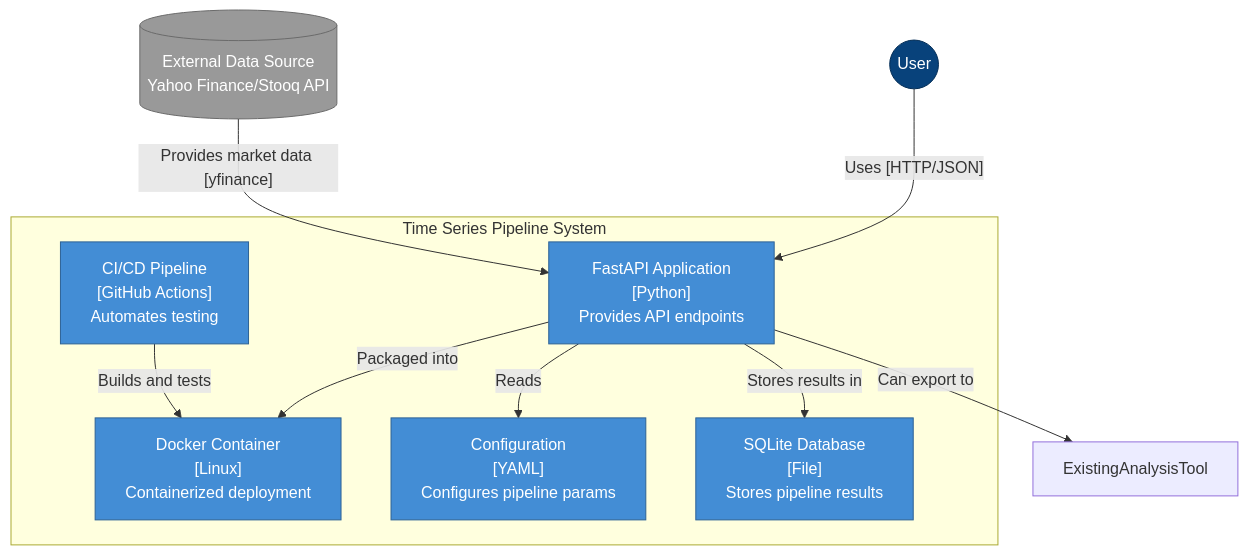
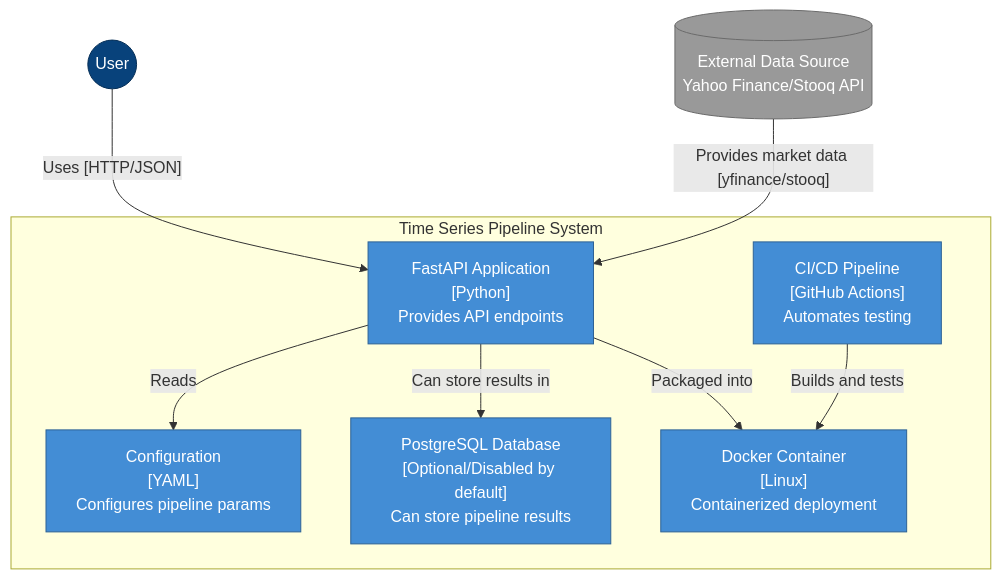
The second of 6 diagrams in README.md (garthmortensen/timeseries-api), drawn with Mermaid before and after one commit. The commit also changed other lines of this file and 1 other file, not shown here.

Commit message:
fix(rate-limits): adjust api rate limits for testing

````diff
--- a/README.md
+++ b/README.md
@@ -439,32 +465,31 @@
 ```mermaid
 flowchart TB
     %% Styling
     classDef person fill:#08427B,color:#fff,stroke:#052E56,stroke-width:1px
     classDef container fill:#438DD5,color:#fff,stroke:#2E6295,stroke-width:1px
     classDef external fill:#999999,color:#fff,stroke:#6B6B6B,stroke-width:1px
     classDef system fill:#1168BD,color:#fff,stroke:#0B4884,stroke-width:1px
     
     %% Person
     User((User)):::person
     
     %% System boundary
     subgraph TimeSeriesPipeline["Time Series Pipeline System"]
         FastAPI["FastAPI Application<br>[Python]<br>Provides API endpoints"]:::container
         Dockerized["Docker Container<br>[Linux]<br>Containerized deployment"]:::container
         Config["Configuration<br>[YAML]<br>Configures pipeline params"]:::container
-Database["SQLite Database<br>[File]<br>Stores pipeline results"]:::container
+        Database["PostgreSQL Database<br>[Optional/Disabled by default]<br>Can store pipeline results"]:::container
         CIpipeline["CI/CD Pipeline<br>[GitHub Actions]<br>Automates testing"]:::container
     end
     
     %% External Systems
     ExternalDataSource[(External Data Source<br>Yahoo Finance/Stooq API)]:::external
     
     %% Relationships
     User -- "Uses [HTTP/JSON]" --> FastAPI
     FastAPI -- "Reads" --> Config
-    FastAPI -- "Stores results in" --> Database
+    FastAPI -- "Can store results in" --> Database
     FastAPI -- "Packaged into" --> Dockerized
     CIpipeline -- "Builds and tests" --> Dockerized
-    ExternalDataSource -- "Provides market data [yfinance]" --> FastAPI
-    FastAPI -- "Can export to" --> ExistingAnalysisTool
+    ExternalDataSource -- "Provides market data [yfinance/stooq]" --> FastAPI
 ```
````
